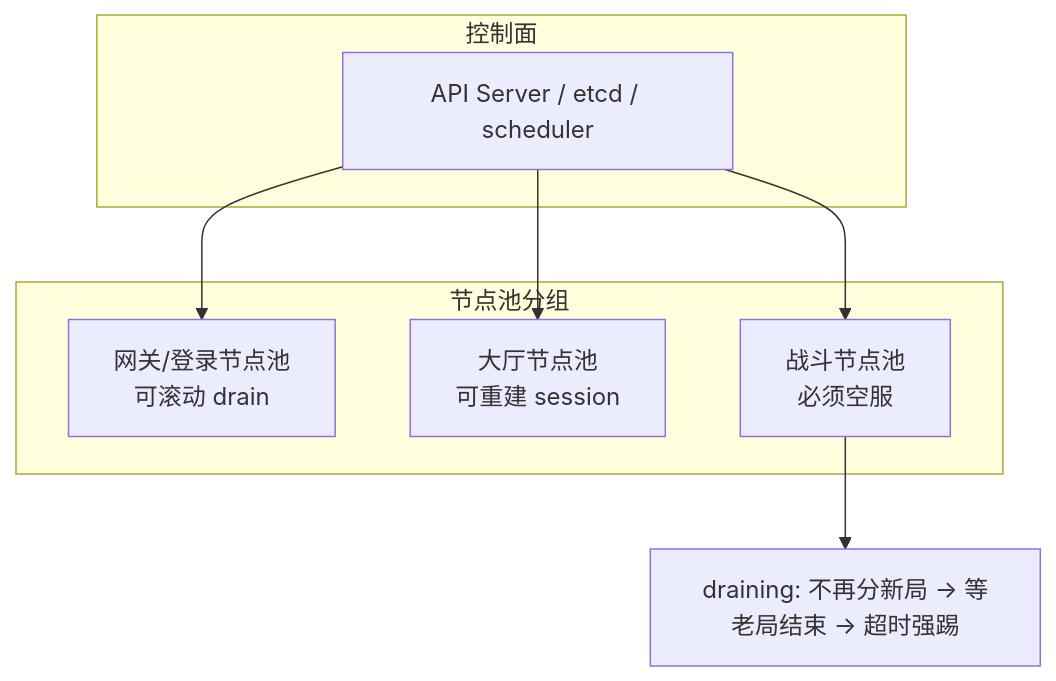
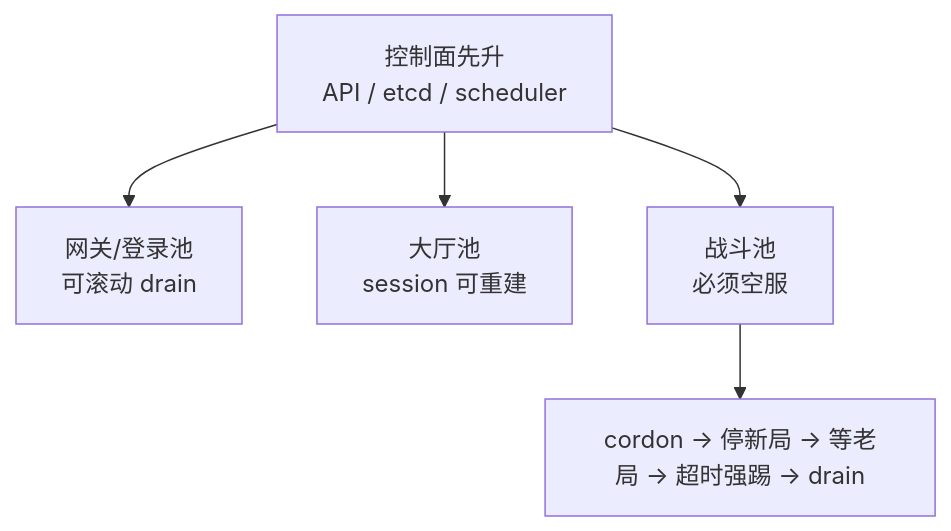
The fifth of 7 diagrams in 10-面试综合与系统设计/03-游戏SRE系统设计实战/知识点.md (ml-cuizijun/LearnToLilith), drawn with Mermaid before and after one commit. The commit also changed other lines of this file and 178 other files, not shown here.

````diff
--- a/10-面试综合与系统设计/03-游戏SRE系统设计实战/知识点.md
+++ b/10-面试综合与系统设计/03-游戏SRE系统设计实战/知识点.md
@@ -380,15 +282,11 @@
 ```mermaid
 flowchart TB
-    subgraph control["控制面"]
-        CP[API Server / etcd / scheduler]
-    end
-    subgraph node_pool["节点池分组"]
-        NP1["网关/登录节点池<br/>可滚动 drain"]
-        NP2["大厅节点池<br/>可重建 session"]
-        NP3["战斗节点池<br/>必须空服"]
-    end
+    CP["控制面先升<br/>API / etcd / scheduler"]
+    NP1["网关/登录池<br/>可滚动 drain"]
+    NP2["大厅池<br/>session 可重建"]
+    NP3["战斗池<br/>必须空服"]
     CP --> NP1
     CP --> NP2
     CP --> NP3
-    NP3 --> DRAIN["draining: 不再分新局 → 等老局结束 → 超时强踢"]
+    NP3 --> DRAIN["cordon → 停新局 → 等老局 → 超时强踢 → drain"]
 ```
````
